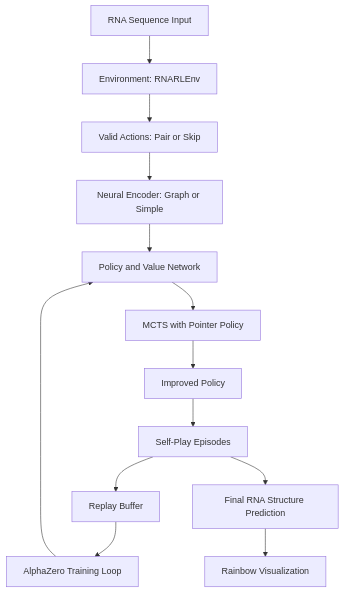
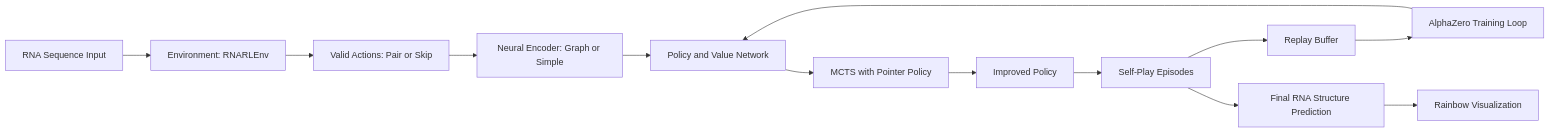
The diagram in README.md (Harry-Du1/Reinforcement-Learning-tool-for-RNA-folding), drawn with Mermaid before and after one commit.

````diff
--- a/README.md
+++ b/README.md
@@ -13,15 +13,15 @@
 ```mermaid
-flowchart TD
+flowchart LR
     A[RNA Sequence Input] --> B[Environment: RNARLEnv]
     B --> C[Valid Actions: Pair or Skip]
     C --> D[Neural Encoder: Graph or Simple]
     D --> E[Policy and Value Network]
     E --> F[MCTS with Pointer Policy]
     F --> G[Improved Policy]
     G --> H[Self-Play Episodes]
     H --> I[Replay Buffer]
     I --> J[AlphaZero Training Loop]
     J --> E
     H --> K[Final RNA Structure Prediction]
     K --> L[Rainbow Visualization]
 ```
````
